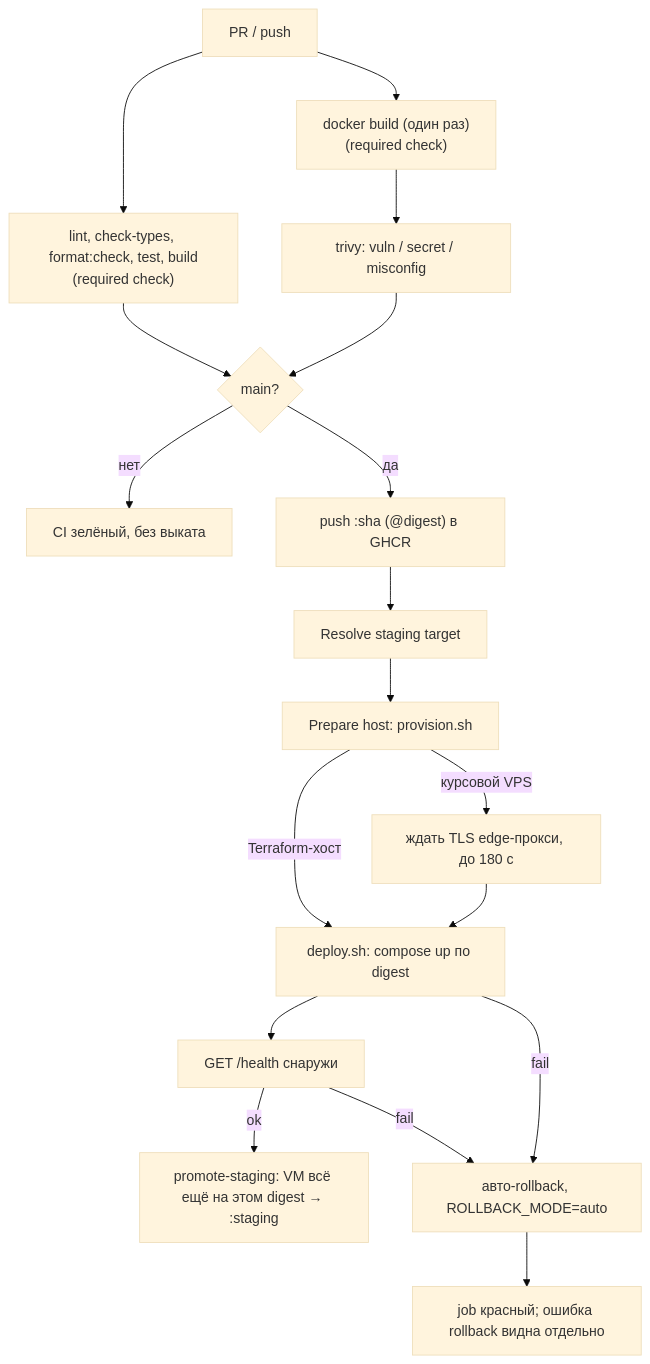
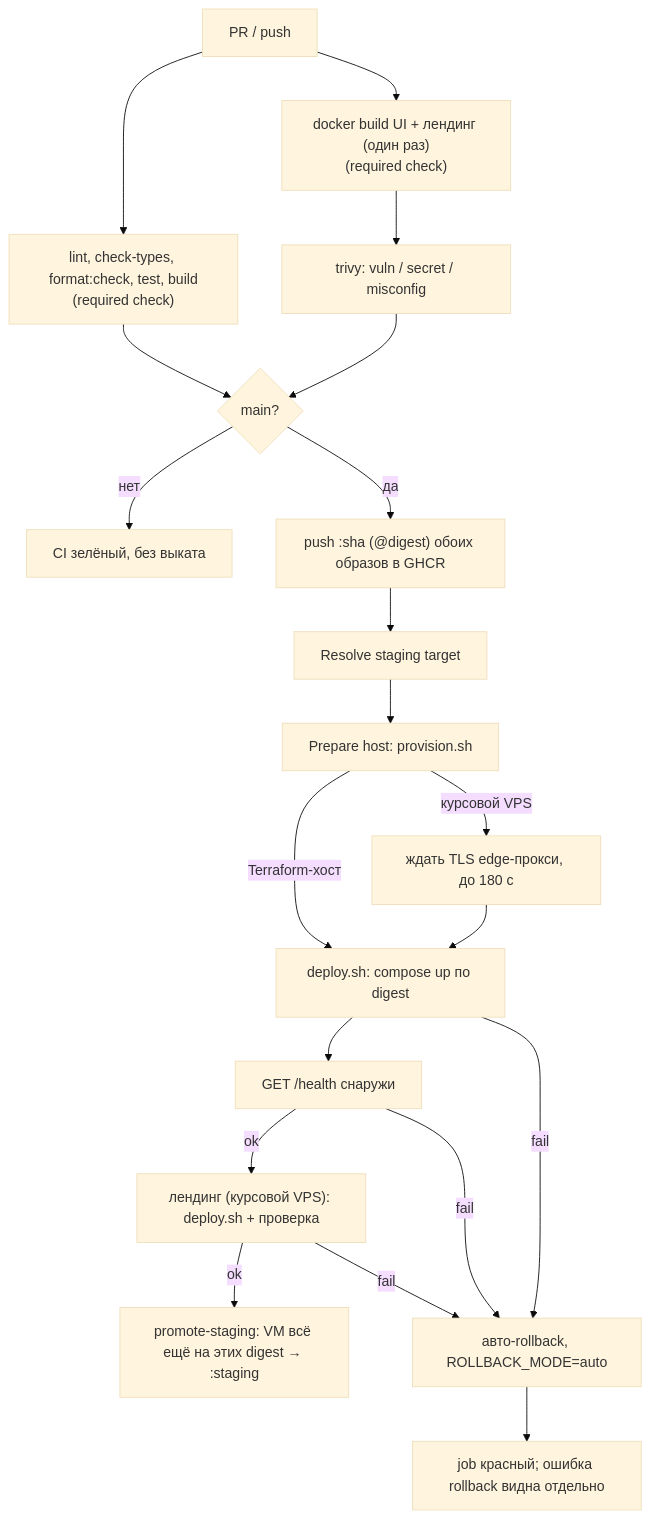
One commit to larchanka-training/dmc-268-ui-t6 changed the diagram in docs/CICD.md. Above: the diagram before and after it, drawn with Mermaid (base theme). The commit also changed other lines of this file and 14 other files, not shown here.

First line of the commit message:
feat(landing): build and deploy the landing image to staging (#91)

````diff
--- a/docs/CICD.md
+++ b/docs/CICD.md
@@ -15,20 +15,22 @@
 ```mermaid
 flowchart TD
   pr["PR / push"] --> quality["lint, check-types, format:check, test, build<br/>(required check)"]
-  pr --> build["docker build (один раз)<br/>(required check)"]
+  pr --> build["docker build UI + лендинг (один раз)<br/>(required check)"]
   build --> scan["trivy: vuln / secret / misconfig"]
   quality --> gate{"main?"}
   scan --> gate
   gate -->|нет| stop["CI зелёный, без выката"]
-  gate -->|да| push["push :sha (@digest) в GHCR"]
+  gate -->|да| push["push :sha (@digest) обоих образов в GHCR"]
   push --> target["Resolve staging target"]
   target --> prep["Prepare host: provision.sh"]
   prep -->|Terraform-хост| deploy["deploy.sh: compose up по digest"]
   prep -->|курсовой VPS| tls["ждать TLS edge-прокси, до 180 с"]
   tls --> deploy
   deploy --> health["GET /health снаружи"]
-  health -->|ok| promote["promote-staging: VM всё ещё на этом digest → :staging"]
+  health -->|ok| landing["лендинг (курсовой VPS): deploy.sh + проверка"]
+  landing -->|ok| promote["promote-staging: VM всё ещё на этих digest → :staging"]
+  landing -->|fail| rb
   health -->|fail| rb["авто-rollback, ROLLBACK_MODE=auto"]
   deploy -->|fail| rb
   rb --> fail["job красный; ошибка rollback видна отдельно"]
 ```
````
